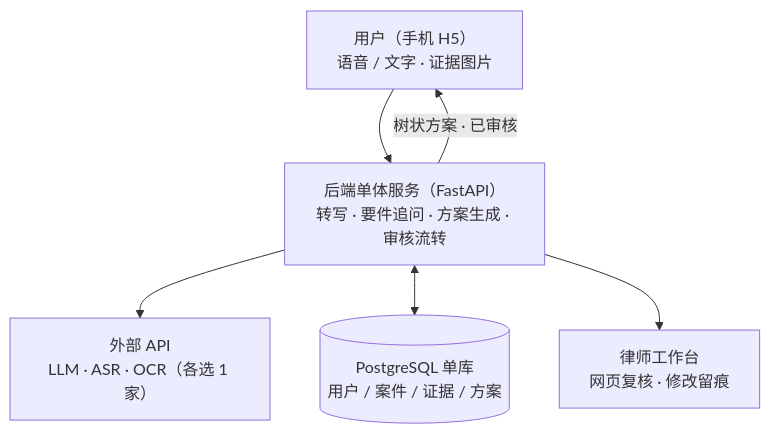
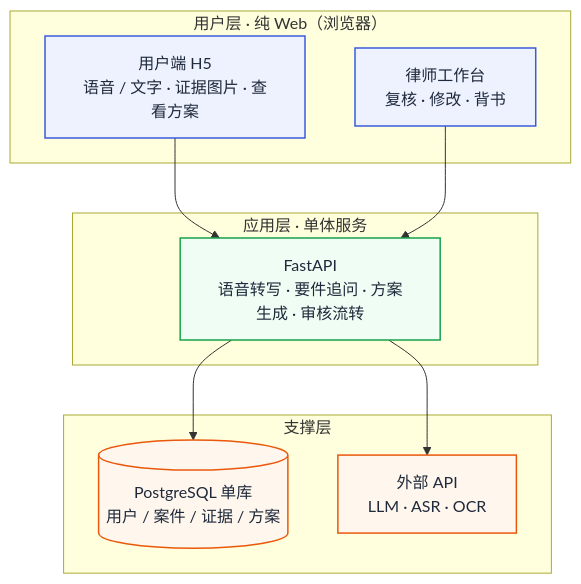
Before and after one commit to Megalomanian/saishangfaqiao: the first of 3 diagrams in README.md, drawn with Mermaid. The commit also changed other lines of this file and 1 other file, not shown here.

Commit message:
docs: 重绘总体架构为三层色带图（用户层/应用层/支撑层），消除交叉连线

````diff
--- a/README.md
+++ b/README.md
@@ -47,8 +47,24 @@
 ```mermaid
 flowchart TB
-    U["用户（手机 H5）<br/>语音 / 文字 · 证据图片"] --> S["后端单体服务（FastAPI）<br/>转写 · 要件追问 · 方案生成 · 审核流转"]
-    S --> API["外部 API<br/>LLM · ASR · OCR（各选 1 家）"]
-    S <--> DB[("PostgreSQL 单库<br/>用户 / 案件 / 证据 / 方案")]
-    S --> L["律师工作台<br/>网页复核 · 修改留痕"]
-    S -->|"树状方案 · 已审核"| U
+    subgraph L1["用户层 · 纯 Web（浏览器）"]
+        A["用户端 H5<br/>语音 / 文字 · 证据图片 · 查看方案"]
+        B["律师工作台<br/>复核 · 修改 · 背书"]
+    end
+    subgraph L2["应用层 · 单体服务"]
+        C["FastAPI<br/>语音转写 · 要件追问 · 方案生成 · 审核流转"]
+    end
+    subgraph L3["支撑层"]
+        D[("PostgreSQL 单库<br/>用户 / 案件 / 证据 / 方案")]
+        E["外部 API<br/>LLM · ASR · OCR"]
+    end
+    A --> C
+    B --> C
+    C --> D
+    C --> E
+    classDef l1 fill:#eef2ff,stroke:#3b5bdb,stroke-width:1.5px,color:#1e293b
+    classDef l2 fill:#f0fdf4,stroke:#16a34a,stroke-width:1.5px,color:#1e293b
+    classDef l3 fill:#fff7ed,stroke:#ea580c,stroke-width:1.5px,color:#1e293b
+    class A,B l1
+    class C l2
+    class D,E l3
 ```
````
